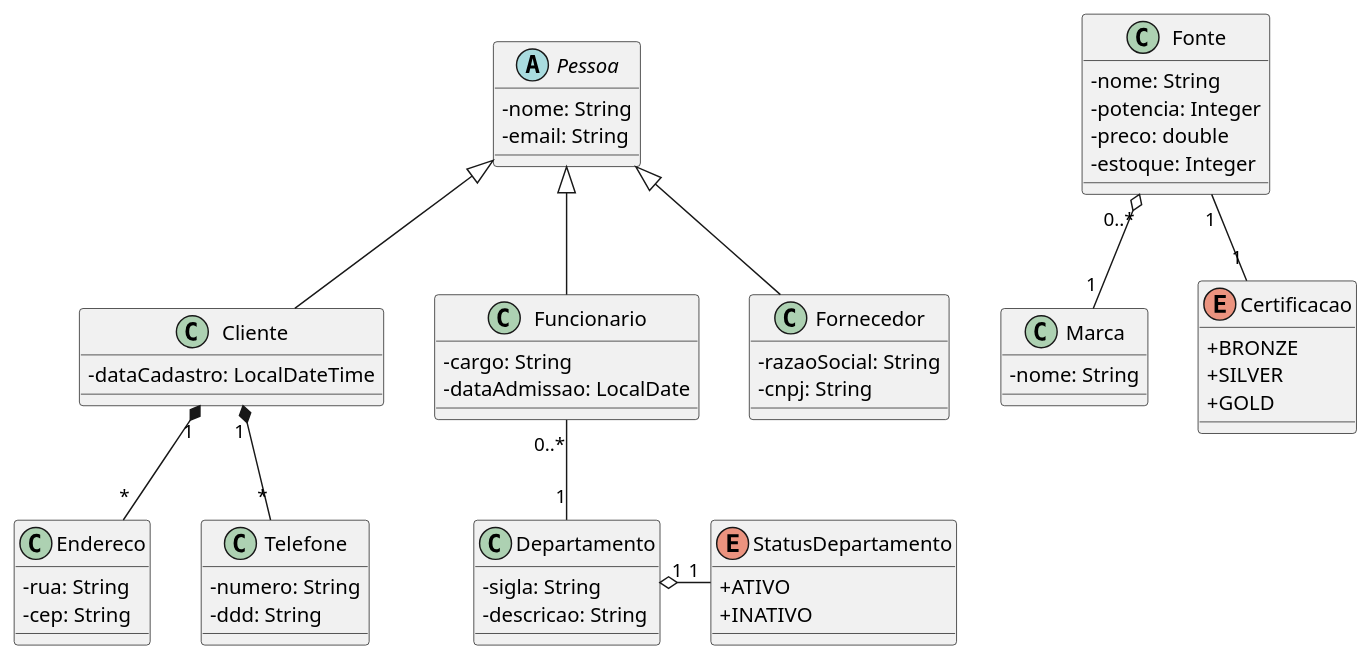
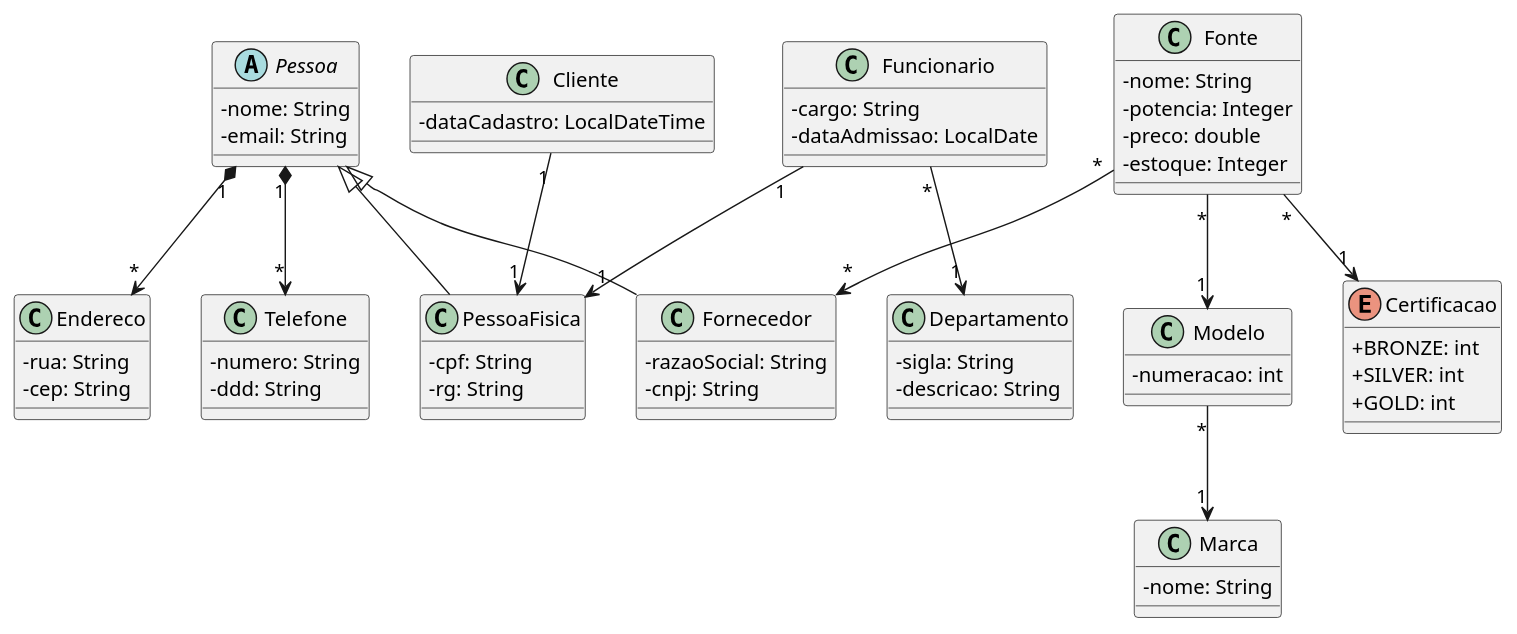
One commit to BielGG9/fontestp1 changed the diagram in src/main/resources/UML.puml. Above: the diagram before and after it, drawn with PlantUML. The commit also changed 25 other files, not shown here.

Commit message:
MUDANÇAS E UML FEITO

```diff
--- a/src/main/resources/UML.puml
+++ b/src/main/resources/UML.puml
@@ -1,62 +1,70 @@
 @startuml
 
 skinparam classAttributeIconSize 0
+
+
+class PessoaFisica extends Pessoa {
+  -cpf: String
+  -rg: String
+}
 
 abstract class Pessoa {
   -nome: String
   -email: String
 }
 
-class Cliente extends Pessoa {
+class Cliente {
   -dataCadastro: LocalDateTime
 }
 class Endereco {
   -rua: String
   -cep: String
 }
 class Telefone {
   -numero: String
   -ddd: String
 }
 
 Class Departamento {
   -sigla: String
   -descricao: String
 }
-enum StatusDepartamento {
-  + ATIVO
-  + INATIVO
-}
-class Funcionario extends Pessoa {
+class Funcionario  {
   -cargo: String
   -dataAdmissao: LocalDate
 }
 class Fornecedor extends Pessoa {
   -razaoSocial: String
   -cnpj: String
 }
 class Fonte {
   -nome: String
   -potencia: Integer
   -preco: double
   -estoque: Integer
 }
 class Marca {
   -nome: String
 }
 enum Certificacao {
-  + BRONZE
-  + SILVER
-  + GOLD
+  + BRONZE: int
+  + SILVER: int
+  + GOLD: int 
 }
+class Modelo {
+  -numeracao: int
+  
+  }
 
-Cliente "1" *-- "*" Endereco
-Cliente "1" *-- "*" Telefone
-Funcionario "0..*" -- "1" Departamento
-Fonte "0..*" o-- "1" Marca
-Fonte "1" -- "1" Certificacao
-
-Departamento "1" o-right--- "1" StatusDepartamento
+Pessoa "1" *--> "*" Endereco
+Pessoa "1" *--> "*" Telefone
+Cliente "1" --> "1" PessoaFisica
+Funcionario "*" --> "1" Departamento
+Funcionario "1" --> "1" PessoaFisica
+Fonte "*" --> "1" Modelo
+Fonte "*" --> "1" Certificacao
+Fonte "*" --> "*" Fornecedor
+Modelo "*" --> "1" Marca
 
 
 @enduml
```
